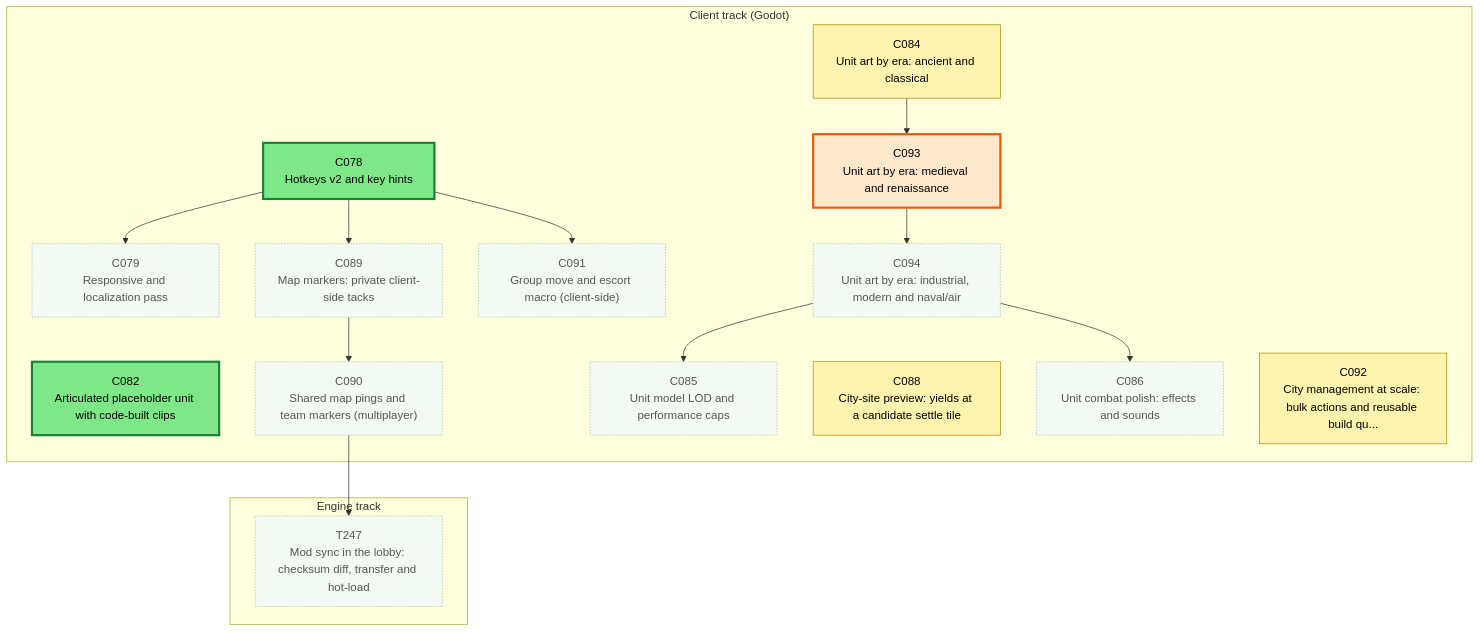
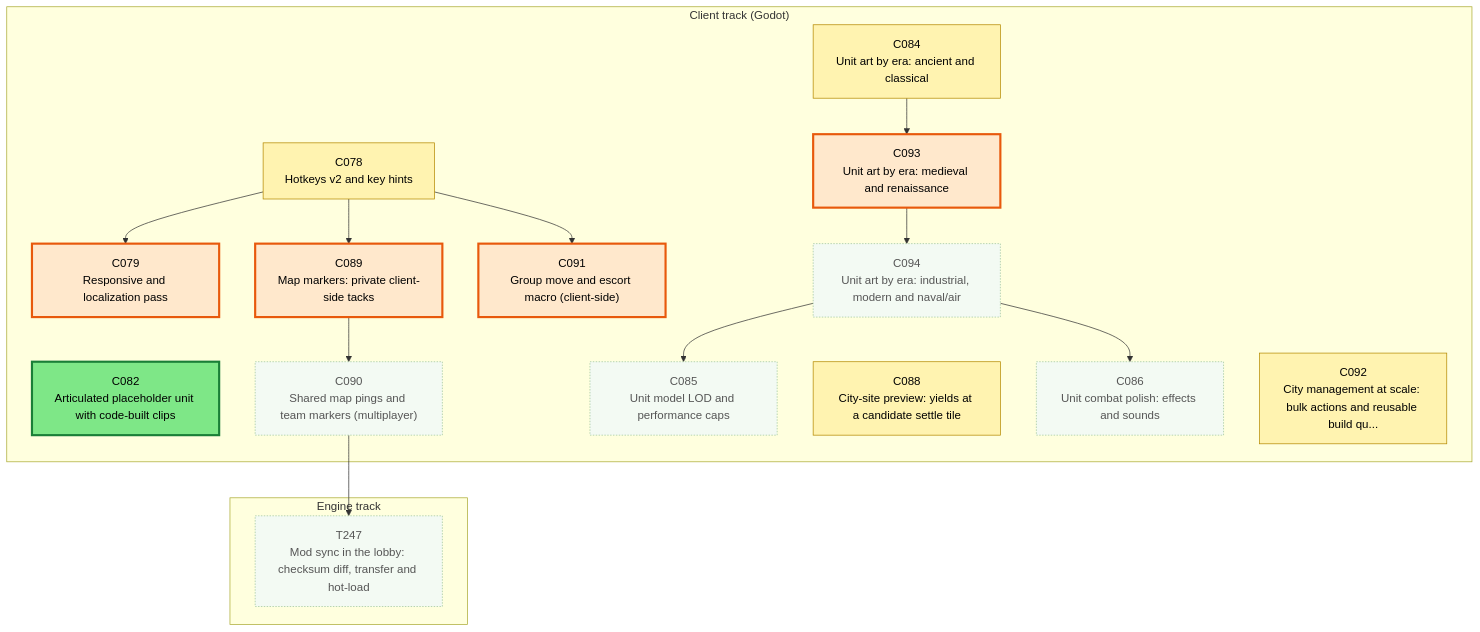
One commit to Kenmura/Unciv changed the first of 3 diagrams in csharp/migration/DEPENDENCY_MAP.md. Above: the diagram before and after it, drawn with Mermaid. The commit also changed other lines of this file and 1 other file, not shown here.

````diff
--- a/csharp/migration/DEPENDENCY_MAP.md
+++ b/csharp/migration/DEPENDENCY_MAP.md
@@ -25,51 +25,51 @@
 ```mermaid
 flowchart TD
   subgraph TTRACK["Engine track"]
     T247["T247<br/>Mod sync in the lobby: checksum diff, transfer and hot-load"]
   end
   subgraph CTRACK["Client track (Godot)"]
     C078["C078<br/>Hotkeys v2 and key hints"]
     C079["C079<br/>Responsive and localization pass"]
     C082["C082<br/>Articulated placeholder unit with code-built clips"]
     C084["C084<br/>Unit art by era: ancient and classical"]
     C085["C085<br/>Unit model LOD and performance caps"]
     C086["C086<br/>Unit combat polish: effects and sounds"]
     C088["C088<br/>City-site preview: yields at a candidate settle tile"]
     C089["C089<br/>Map markers: private client-side tacks"]
     C090["C090<br/>Shared map pings and team markers (multiplayer)"]
     C091["C091<br/>Group move and escort macro (client-side)"]
     C092["C092<br/>City management at scale: bulk actions and reusable build qu..."]
     C093["C093<br/>Unit art by era: medieval and renaissance"]
     C094["C094<br/>Unit art by era: industrial, modern and naval/air"]
   end
   C090 --> T247
   C078 --> C079
   C094 --> C085
   C094 --> C086
   C078 --> C089
   C089 --> C090
   C078 --> C091
   C084 --> C093
   C093 --> C094
   classDef waiting fill:#f3faf3,stroke:#9bc49b,color:#555,stroke-dasharray:2 2
   classDef ondeck fill:#ffe8cc,stroke:#e8590c,stroke-width:3px,color:#000
   classDef ready fill:#7ee787,stroke:#1a7f37,stroke-width:3px,color:#000
   classDef prog fill:#fff3b0,stroke:#b58900,color:#000
   classDef review fill:#cfe4ff,stroke:#1f6feb,color:#000
   classDef blocked fill:#ffd6d6,stroke:#c62828,color:#000
   classDef done fill:#eeeeee,stroke:#999999,color:#666,stroke-dasharray:4 3
-  class C078 ready
-  class C079 waiting
+  class C078 prog
+  class C079 ondeck
   class C082 ready
   class C084 prog
   class C085 waiting
   class C086 waiting
   class C088 prog
-  class C089 waiting
+  class C089 ondeck
   class C090 waiting
-  class C091 waiting
+  class C091 ondeck
   class C092 prog
   class C093 ondeck
   class C094 waiting
   class T247 waiting
 ```
````
